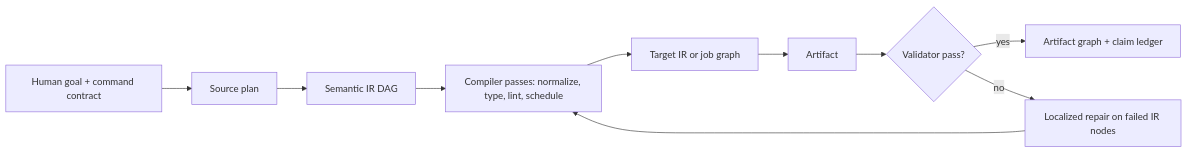
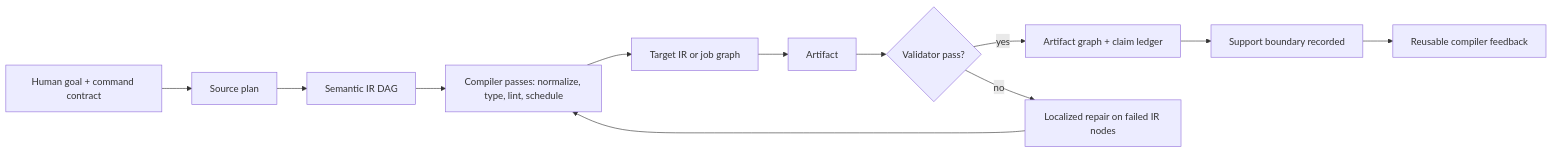
Before and after one commit to corbensorenson/asi-stack-book: the diagram in chapters/cognitive-compilation-and-semantic-ir.qmd, drawn with Mermaid. The commit also changed 20 other files, not shown here.

Commit message:
Raise diagram substance floor

````diff
--- a/chapters/cognitive-compilation-and-semantic-ir.qmd
+++ b/chapters/cognitive-compilation-and-semantic-ir.qmd
@@ -100,12 +100,14 @@
 ```{mermaid}
 flowchart LR
   A["Human goal + command contract"] --> B["Source plan"]
   B --> C["Semantic IR DAG"]
   C --> D["Compiler passes: normalize, type, lint, schedule"]
   D --> E["Target IR or job graph"]
   E --> F["Artifact"]
   F --> G{"Validator pass?"}
   G -- "yes" --> H["Artifact graph + claim ledger"]
   G -- "no" --> I["Localized repair on failed IR nodes"]
   I --> D
+  H --> J["Support boundary recorded"]
+  J --> K["Reusable compiler feedback"]
 ```
````
